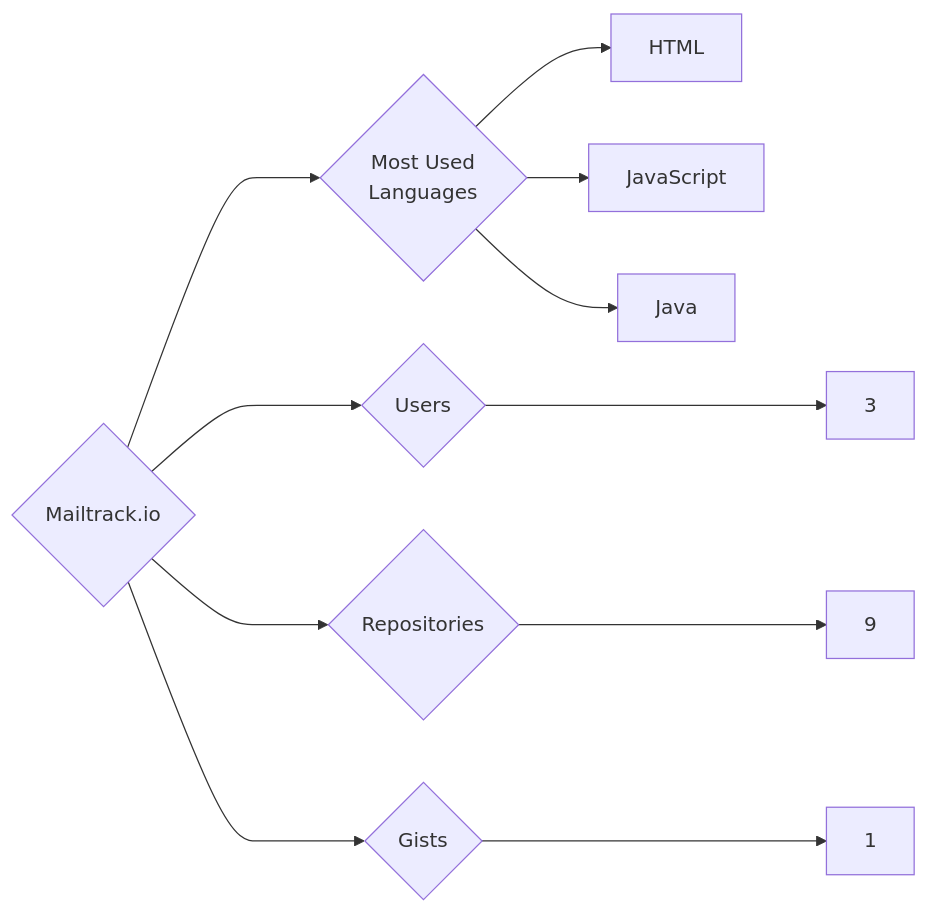
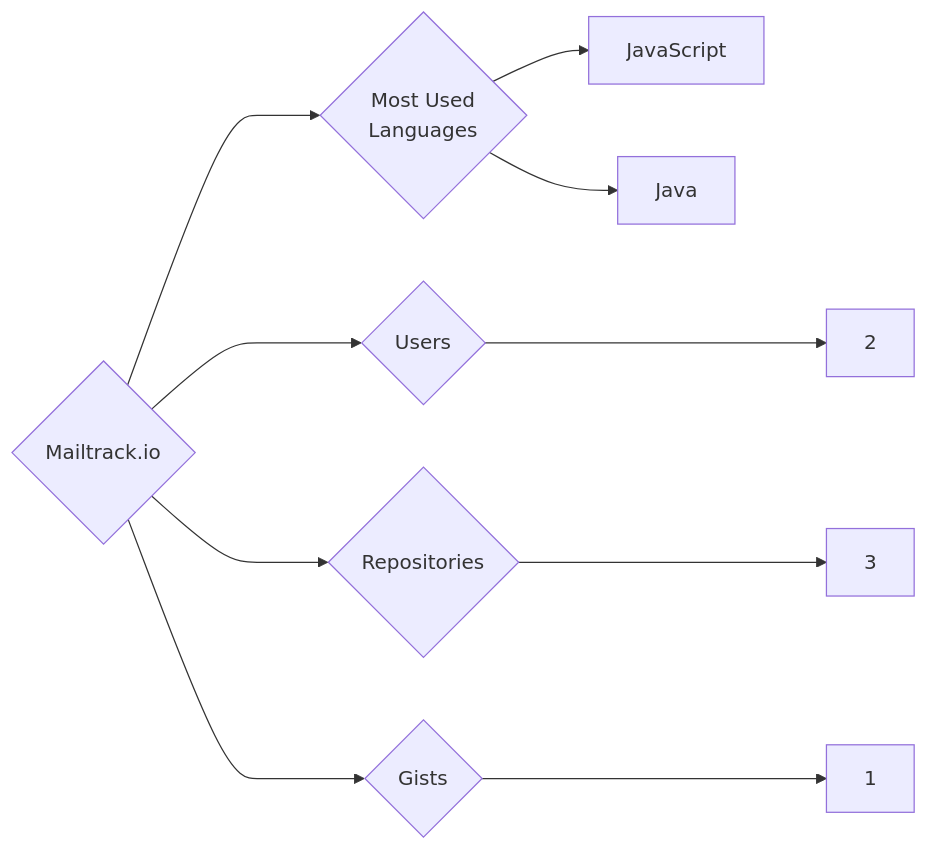
One commit to trickest/insiders changed the diagram in targets/Mailtrack.io/README.md. Above: the diagram before and after it, drawn with Mermaid. The commit also changed 823 other files, not shown here.

````diff
--- a/targets/Mailtrack.io/README.md
+++ b/targets/Mailtrack.io/README.md
@@ -3,11 +3,10 @@
 ```mermaid
 graph LR
 COMPANY_NAME{Mailtrack.io}
-COMPANY_NAME ---> U{Users} ---> UN[3]
-COMPANY_NAME ---> R{Repositories} ---> RN[9]
+COMPANY_NAME ---> U{Users} ---> UN[2]
+COMPANY_NAME ---> R{Repositories} ---> RN[3]
 COMPANY_NAME ---> G{Gists} ---> GN[1]
 COMPANY_NAME ---> ML{Most Used<br>Languages}
-ML --> HTML[HTML]
 ML --> JavaScript[JavaScript]
 ML --> Java[Java]
 ```
````
